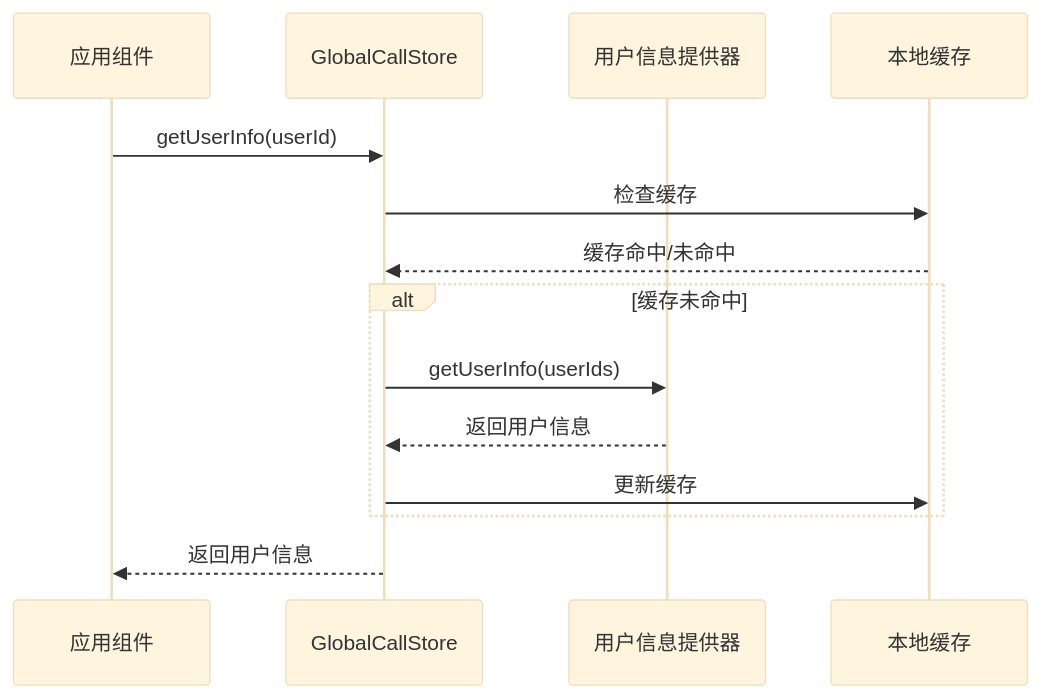
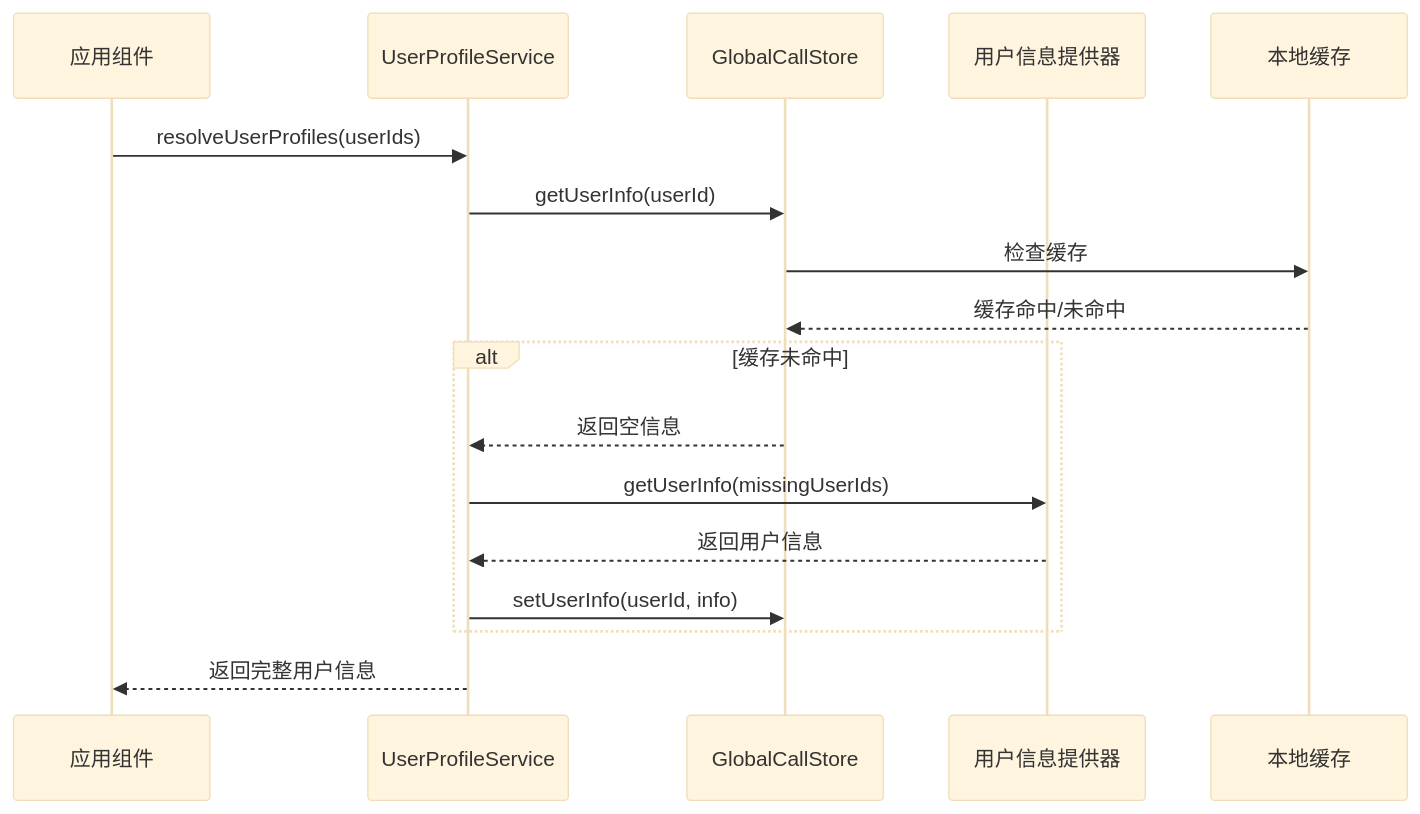
Before and after one commit to Easemob-Community/easemob-uikit-callkit-vue3: the fourth of 9 diagrams in .qoder/repowiki/zh/content/服务层/用户资料服务.md, drawn with Mermaid (base theme). The commit also changed other lines of this file and 12 other files, not shown here.

First line of the commit message:
feat: call / groupCall 支持主动传入 caller userInfo

````diff
--- a/.qoder/repowiki/zh/content/服务层/用户资料服务.md
+++ b/.qoder/repowiki/zh/content/服务层/用户资料服务.md
@@ -176,16 +224,19 @@
 ```mermaid
 sequenceDiagram
 participant App as 应用组件
+participant Service as UserProfileService
 participant Store as GlobalCallStore
 participant Provider as 用户信息提供器
 participant Cache as 本地缓存
-App->>Store : getUserInfo(userId)
+App->>Service : resolveUserProfiles(userIds)
+Service->>Store : getUserInfo(userId)
 Store->>Cache : 检查缓存
 Cache-->>Store : 缓存命中/未命中
 alt 缓存未命中
-Store->>Provider : getUserInfo(userIds)
-Provider-->>Store : 返回用户信息
-Store->>Cache : 更新缓存
+Store-->>Service : 返回空信息
+Service->>Provider : getUserInfo(missingUserIds)
+Provider-->>Service : 返回用户信息
+Service->>Store : setUserInfo(userId, info)
 end
-Store-->>App : 返回用户信息
+Service-->>App : 返回完整用户信息
 ```
````
